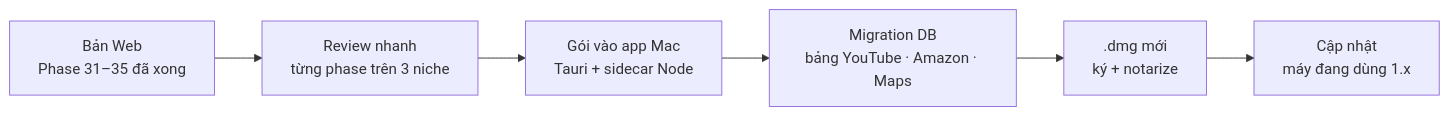
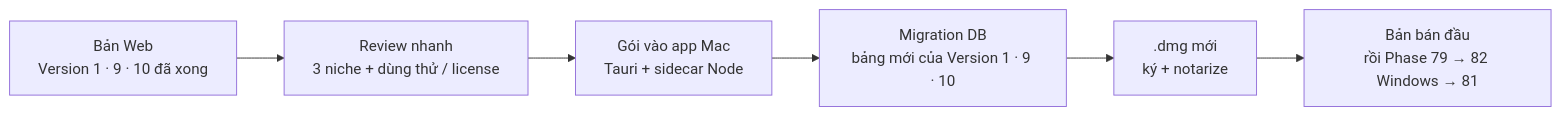
Before and after one commit to nvminhtu/niche-radar-docs: the diagram in docs/app/phase-75-local-app-2.md, drawn with Mermaid. The commit also changed other lines of this file and 10 other files, not shown here.

Commit message:
docs: sync — plan app Mac + Windows (Phase 82 Windows Beta, 75 / 79 / 81 viết lại)

````diff
--- a/docs/app/phase-75-local-app-2.md
+++ b/docs/app/phase-75-local-app-2.md
@@ -11,8 +11,8 @@
 ```mermaid
 flowchart LR
-  W[Bản Web<br/>Phase 31–35 đã xong] --> R[Review nhanh<br/>từng phase trên 3 niche]
+  W[Bản Web<br/>Version 1 · 9 · 10 đã xong] --> R[Review nhanh<br/>3 niche + dùng thử / license]
   R --> P[Gói vào app Mac<br/>Tauri + sidecar Node]
-  P --> M[Migration DB<br/>bảng YouTube · Amazon · Maps]
+  P --> M[Migration DB<br/>bảng mới của Version 1 · 9 · 10]
   M --> B[.dmg mới<br/>ký + notarize]
-  B --> U[Cập nhật<br/>máy đang dùng 1.x]
+  B --> U[Bản bán đầu<br/>rồi Phase 79 → 82 Windows → 81]
 ```
````
